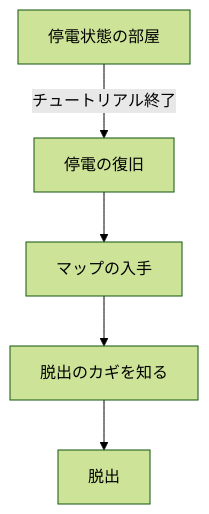
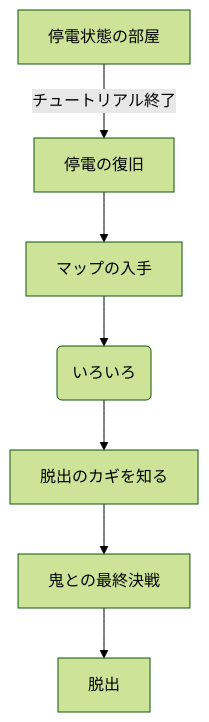
Before and after one commit to EyeTracker-123/UnityProject: the diagram in gameplan.md, drawn with Mermaid (forest theme).

````diff
--- a/gameplan.md
+++ b/gameplan.md
@@ -1,17 +1,20 @@
 ```mermaid
 flowchart TB
 start[停電状態の部屋]
 second[停電の復旧]
 map[マップの入手]
+bet1(いろいろ)
 key[脱出のカギを知る]
-
+battle[鬼との最終決戦]
 goal[脱出]
 
 
 start -->|チュートリアル終了| second
 second --> map
-map --> key
-key --> goal
+map --> bet1
+bet1 --> key
+key --> battle
+battle --> goal
 
 
 ```
````
